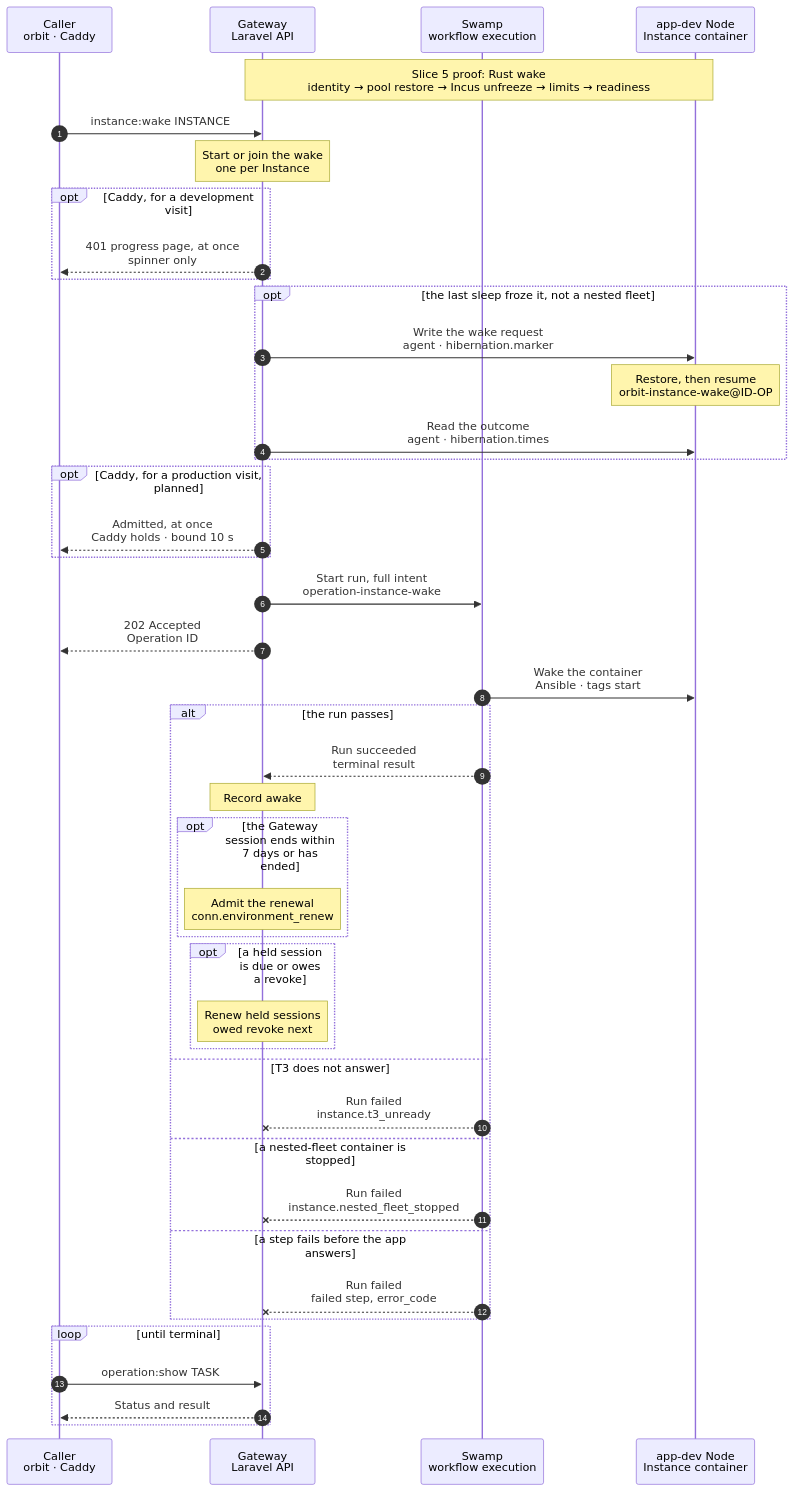
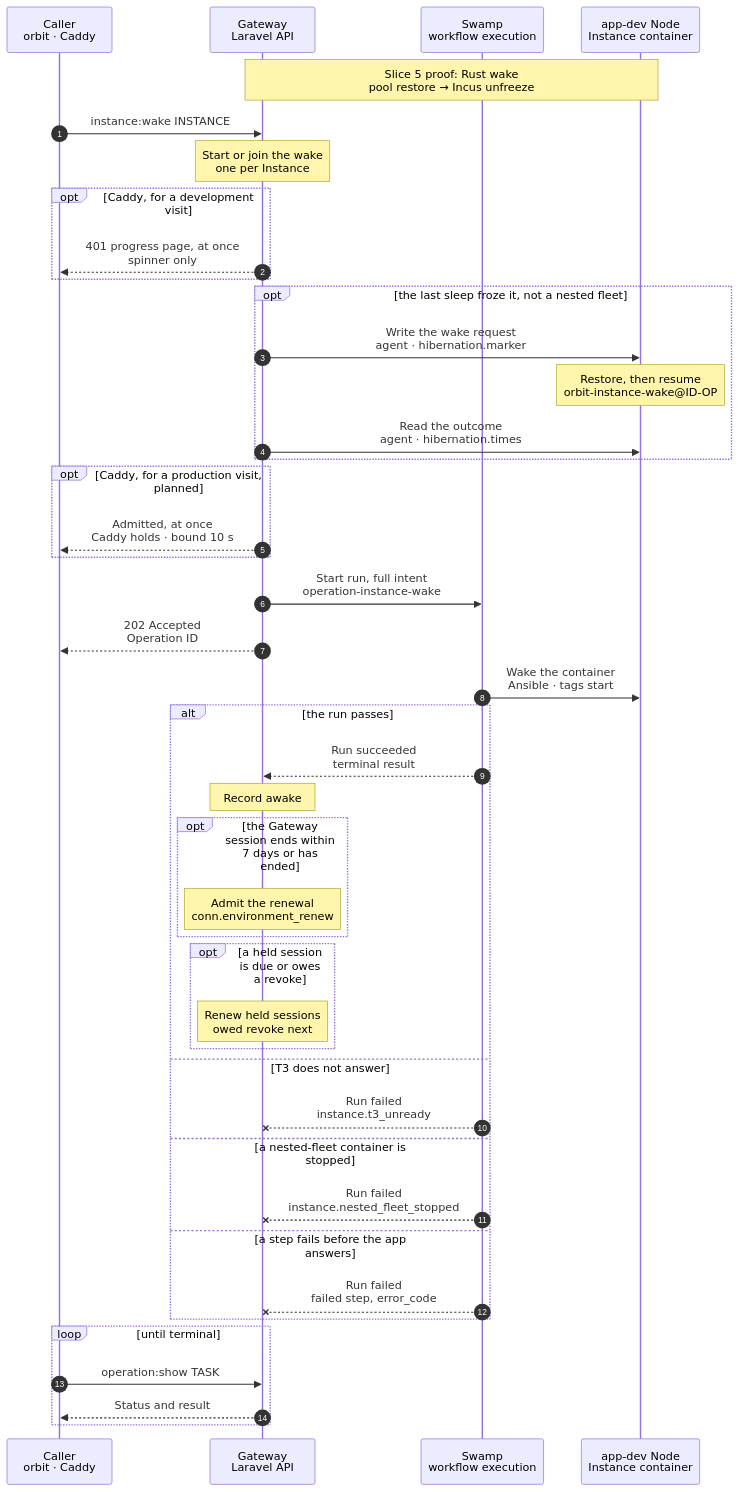
The diagram in docs/cli/instance/wake.mmd (hardimpactdev/orbit), drawn with Mermaid before and after one commit.

Commit message:
Shorten the wake chart's executor note

```diff
--- a/docs/cli/instance/wake.mmd
+++ b/docs/cli/instance/wake.mmd
@@ -13,7 +13,7 @@
   participant GW as Gateway<br/>Laravel API
   participant SW as Swamp<br/>workflow execution
   participant N as app-dev Node<br/>Instance container
-  Note over GW,N: Slice 5 proof: Rust wake<br/>identity → pool restore → Incus unfreeze → limits → readiness
+  Note over GW,N: Slice 5 proof: Rust wake<br/>pool restore → Incus unfreeze
   %%> Executor proof path:
   %%> - a durable executor.power_proof Operation signs `wake`; the observer only relays bytes; the reply is `accepted`, then one result line
   %%> - before any memory syscall: boot id, cgroup inode and Incus incarnation against the plan, then each process's start time through a pidfd; any mismatch drops the plan and the wake goes on without a restore (`partial`, `instance.restore_plan_stale`)
```
